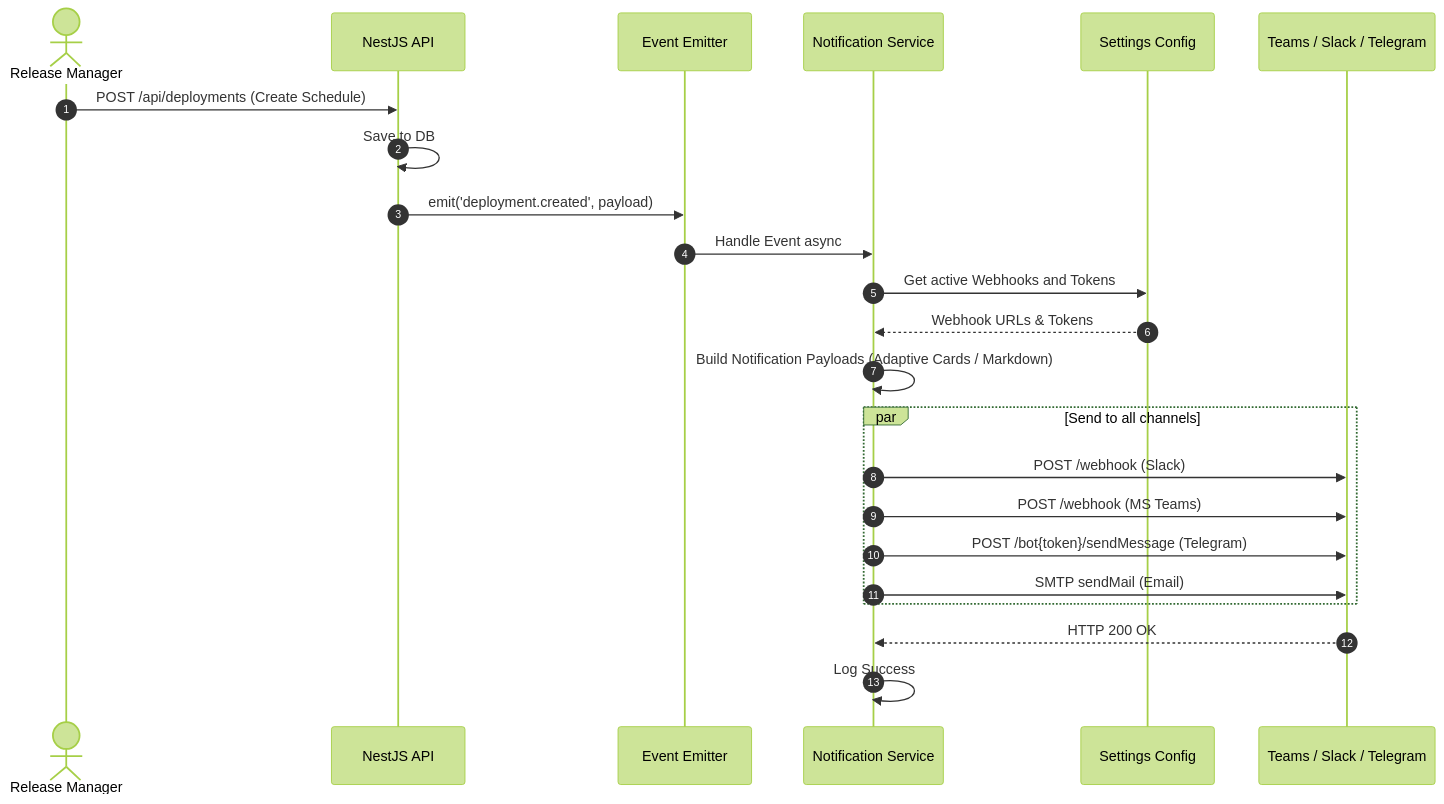
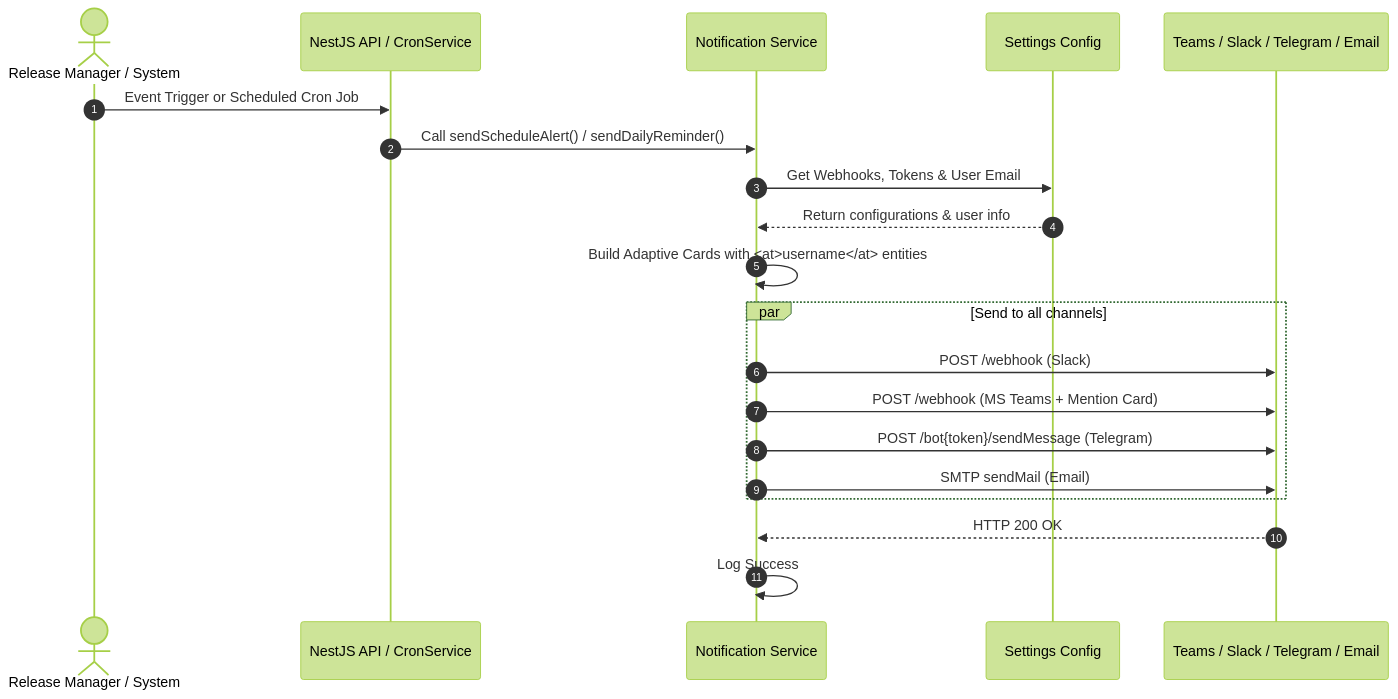
Before and after one commit to quocanhDev99/release_flow_platform: the second of 2 diagrams in docs/03-Features-and-Usecases/03.5-chatops-notifications.md, drawn with Mermaid (forest theme). The commit also changed other lines of this file and 18 other files, not shown here.

Commit message:
refactor: redesign scheduler header and sidebar components while updating documentation for new system settings and cron job features

````diff
--- a/docs/03-Features-and-Usecases/03.5-chatops-notifications.md
+++ b/docs/03-Features-and-Usecases/03.5-chatops-notifications.md
@@ -40,30 +51,26 @@
 ```mermaid
 sequenceDiagram
     autonumber
-    actor User as Release Manager
-    participant API as NestJS API
-    participant EventBus as Event Emitter
+    actor User as Release Manager / System
+    participant API as NestJS API / CronService
     participant NotifSvc as Notification Service
     participant Config as Settings Config
-    participant External as Teams / Slack / Telegram
+    participant External as Teams / Slack / Telegram / Email
 
-    User->>API: POST /api/deployments (Create Schedule)
-    API->>API: Save to DB
-    API->>EventBus: emit('deployment.created', payload)
+    User->>API: Event Trigger or Scheduled Cron Job
+    API->>NotifSvc: Call sendScheduleAlert() / sendDailyReminder()
+    NotifSvc->>Config: Get Webhooks, Tokens & User Email
+    Config-->>NotifSvc: Return configurations & user info
     
-    EventBus->>NotifSvc: Handle Event async
-    NotifSvc->>Config: Get active Webhooks and Tokens
-    Config-->>NotifSvc: Webhook URLs & Tokens
-    
-    NotifSvc->>NotifSvc: Build Notification Payloads (Adaptive Cards / Markdown)
+    NotifSvc->>NotifSvc: Build Adaptive Cards with <at>username</at> entities
     
     par Send to all channels
         NotifSvc->>External: POST /webhook (Slack)
-        NotifSvc->>External: POST /webhook (MS Teams)
+        NotifSvc->>External: POST /webhook (MS Teams + Mention Card)
         NotifSvc->>External: POST /bot{token}/sendMessage (Telegram)
         NotifSvc->>External: SMTP sendMail (Email)
     end
     
     External-->>NotifSvc: HTTP 200 OK
     NotifSvc->>NotifSvc: Log Success
 ```
````
